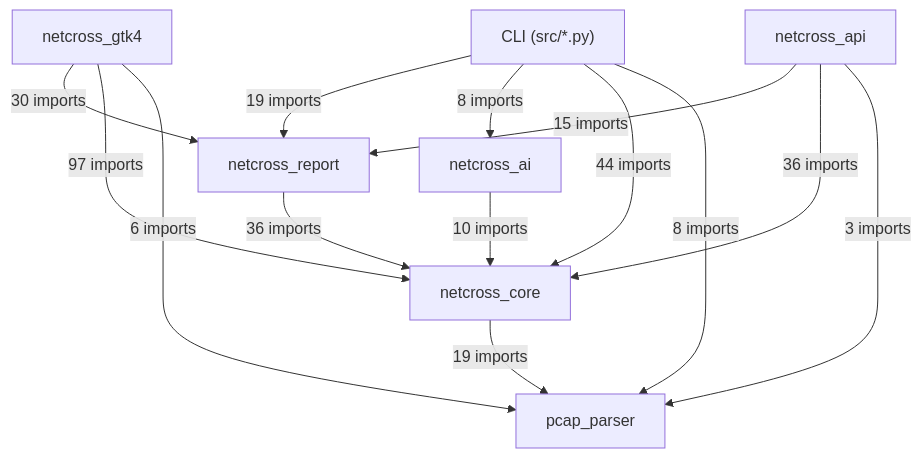
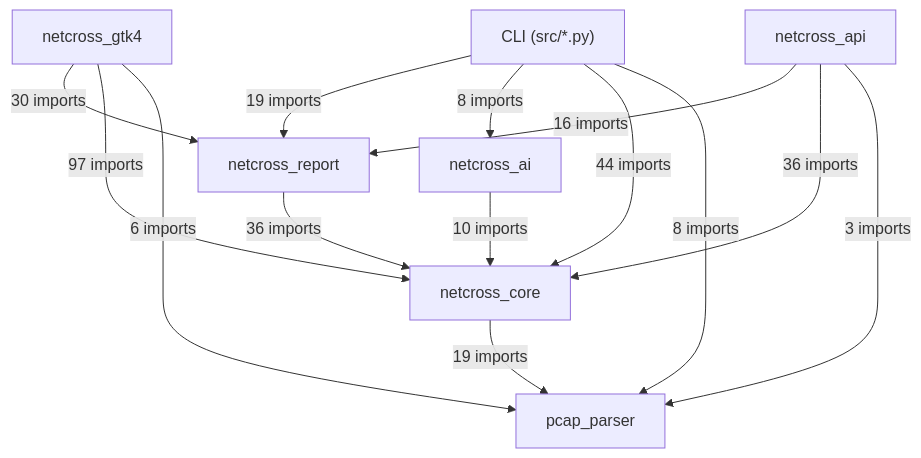
One commit to Mathide-Team/Netcross changed the first of 20 diagrams in docs/class-diagram.md. Above: the diagram before and after it, drawn with Mermaid. The commit also changed other lines of this file and 1 other file, not shown here.

Commit message:
chore: régénère class-diagram/openapi après fusion de dev

````diff
--- a/docs/class-diagram.md
+++ b/docs/class-diagram.md
@@ -26,23 +26,23 @@
 ```mermaid
 flowchart TD
     CLI["CLI (src/*.py)"]
     netcross_gtk4["netcross_gtk4"]
     netcross_api["netcross_api"]
     netcross_report["netcross_report"]
     netcross_ai["netcross_ai"]
     netcross_core["netcross_core"]
     pcap_parser["pcap_parser"]
     CLI -->|"19 imports"| netcross_report
     CLI -->|"8 imports"| netcross_ai
     CLI -->|"44 imports"| netcross_core
     CLI -->|"8 imports"| pcap_parser
     netcross_gtk4 -->|"30 imports"| netcross_report
     netcross_gtk4 -->|"97 imports"| netcross_core
     netcross_gtk4 -->|"6 imports"| pcap_parser
-    netcross_api -->|"15 imports"| netcross_report
+    netcross_api -->|"16 imports"| netcross_report
     netcross_api -->|"36 imports"| netcross_core
     netcross_api -->|"3 imports"| pcap_parser
     netcross_report -->|"36 imports"| netcross_core
     netcross_ai -->|"10 imports"| netcross_core
     netcross_core -->|"19 imports"| pcap_parser
 ```
````
